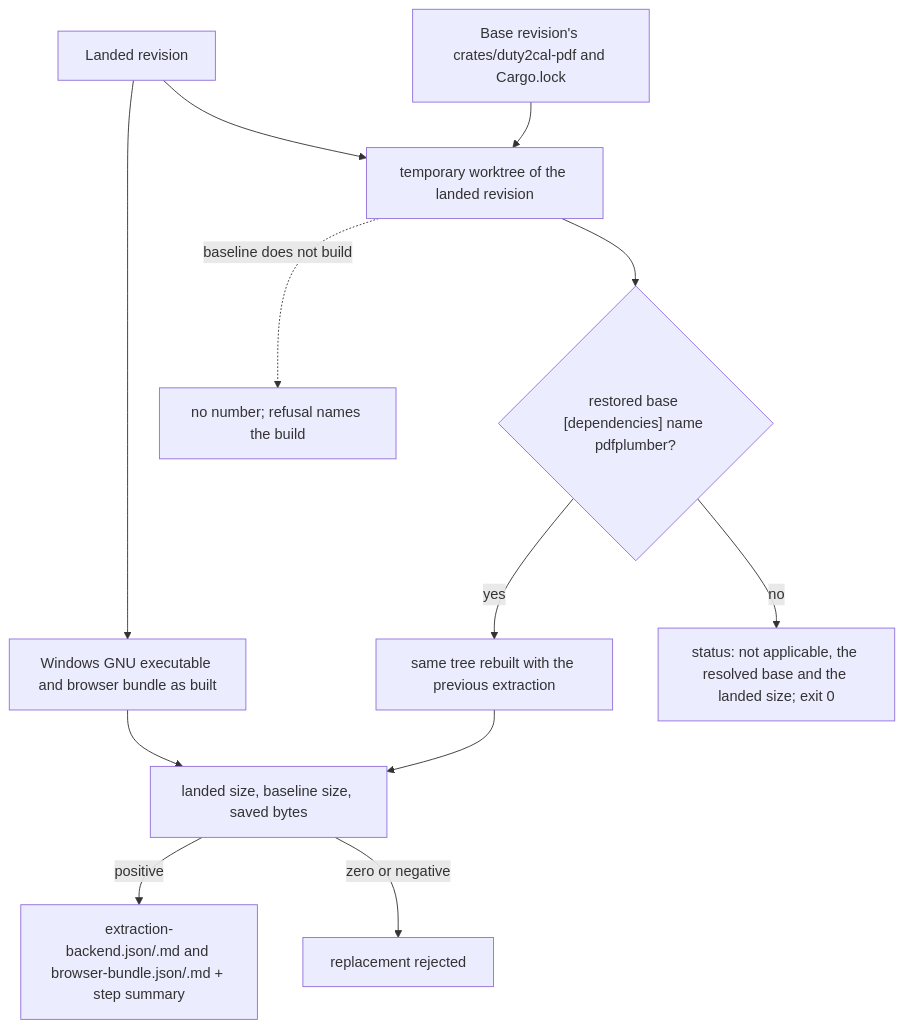
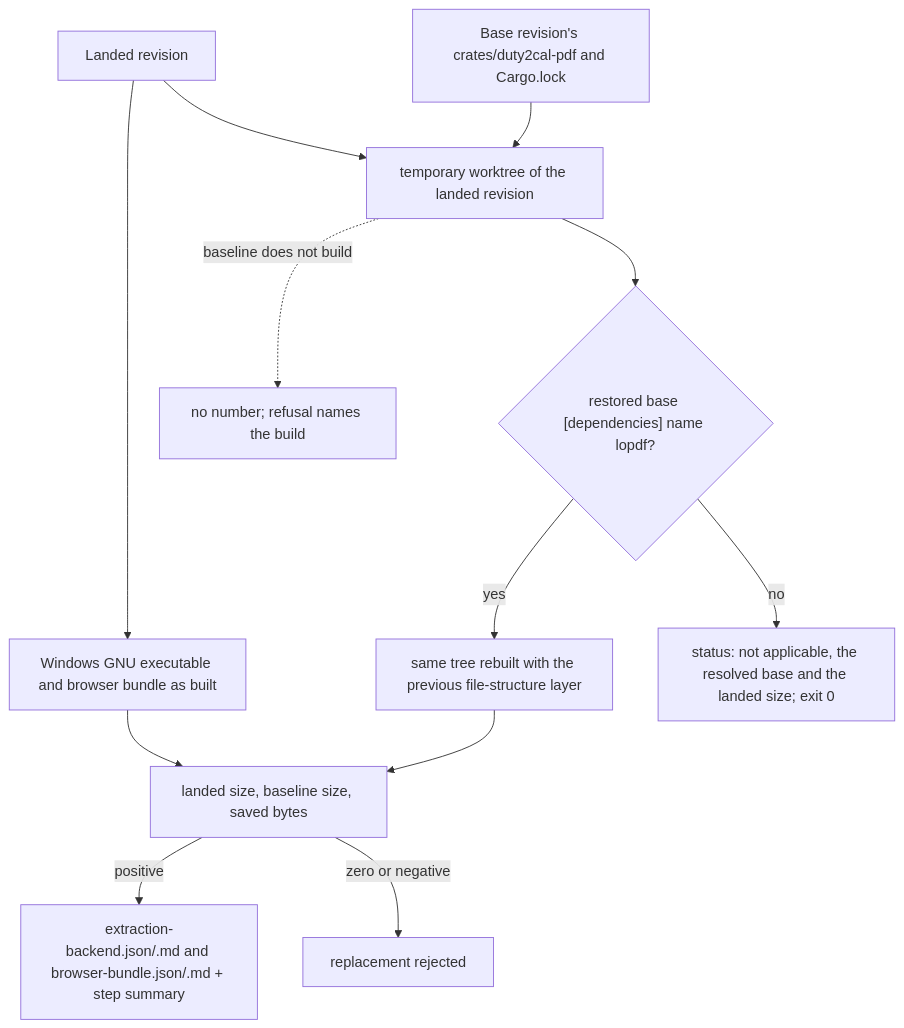
Diagram 16 of 22 in docs/arc42/06-runtime-view.md (duty2cal/duty2cal), drawn with Mermaid before and after one commit. The commit also changed other lines of this file and 23 other files, not shown here.

First line of the commit message:
The converter reads the supported duty plan's file structure itself, so the Windows download and the browser bundle no longer carry a third-party PDF library while every published calendar, warning, report and refusal stays the same.

````diff
--- a/docs/arc42/06-runtime-view.md
+++ b/docs/arc42/06-runtime-view.md
@@ -529,14 +529,14 @@
 ```mermaid
 flowchart TB
   rev["Landed revision"] --> landed["Windows GNU executable and browser bundle as built"]
   rev --> wt["temporary worktree of the landed revision"]
   base["Base revision's crates/duty2cal-pdf and Cargo.lock"] --> wt
-  wt --> check{"restored base [dependencies] name pdfplumber?"}
-  check -->|"yes"| prev["same tree rebuilt with the previous extraction"]
+  wt --> check{"restored base [dependencies] name lopdf?"}
+  check -->|"yes"| prev["same tree rebuilt with the previous file-structure layer"]
   check -->|"no"| na["status: not applicable, the resolved base and the landed size; exit 0"]
   landed --> both["landed size, baseline size, saved bytes"]
   prev --> both
   both -->|"positive"| report["extraction-backend.json/.md and browser-bundle.json/.md + step summary"]
   both -->|"zero or negative"| reject["replacement rejected"]
   wt -.->|"baseline does not build"| refuse["no number; refusal names the build"]
 ```
````
